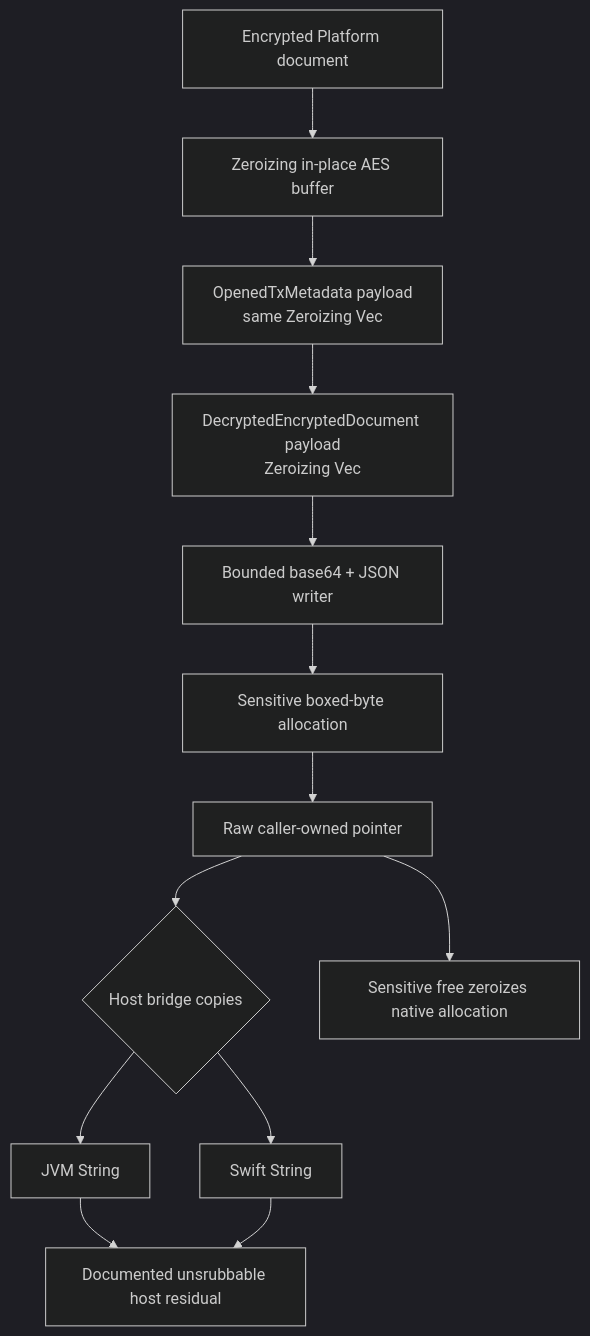
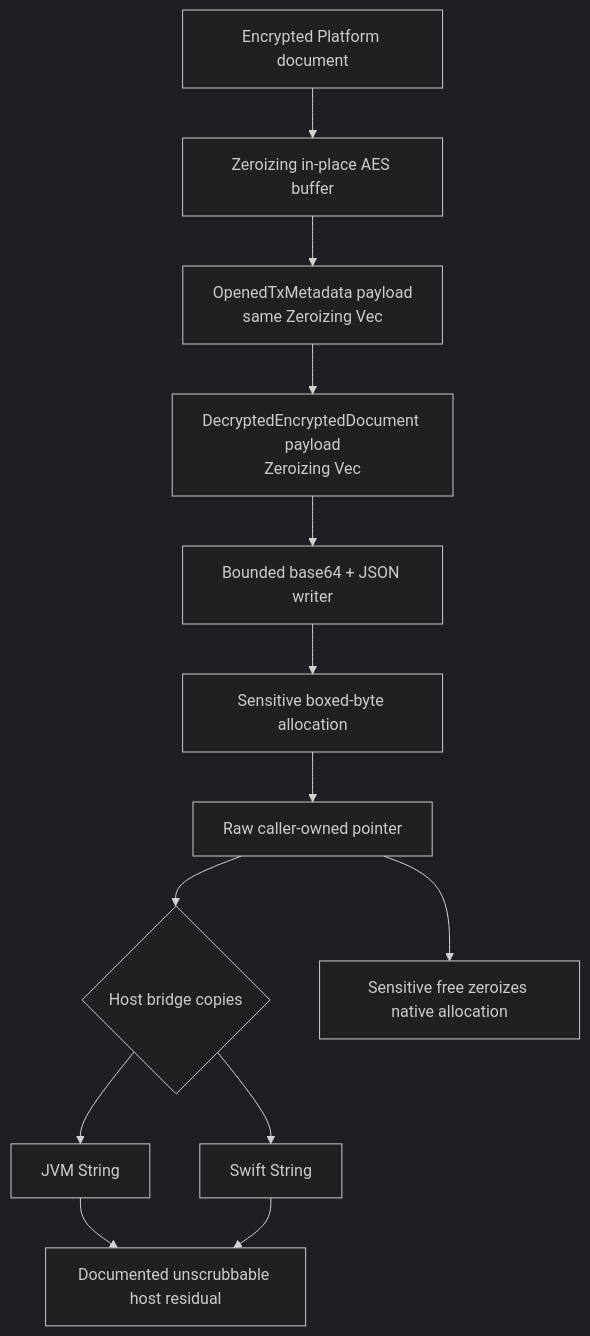
One commit to dashpay/platform changed the diagram in docs/sdk/TXMETADATA_DECRYPT_PLAINTEXT_LIFETIME_SPEC.md. Above: the diagram before and after it, drawn with Mermaid (dark theme). The commit also changed other lines of this file, not shown here.

Commit message:
docs(sdk): fix plaintext lifetime wording

````diff
--- a/docs/sdk/TXMETADATA_DECRYPT_PLAINTEXT_LIFETIME_SPEC.md
+++ b/docs/sdk/TXMETADATA_DECRYPT_PLAINTEXT_LIFETIME_SPEC.md
@@ -78,15 +78,15 @@
 ```mermaid
 flowchart TB
   A[Encrypted Platform document] --> B[Zeroizing in-place AES buffer]
   B --> C[OpenedTxMetadata payload<br/>same Zeroizing Vec]
   C --> D[DecryptedEncryptedDocument payload<br/>Zeroizing Vec]
   D --> E[Bounded base64 + JSON writer]
   E --> F[Sensitive boxed-byte allocation]
   F --> G[Raw caller-owned pointer]
   G --> H{Host bridge copies}
   H --> I[JVM String]
   H --> J[Swift String]
   G --> K[Sensitive free zeroizes native allocation]
-  I --> L[Documented unsrubbable host residual]
+  I --> L[Documented unscrubbable host residual]
   J --> L
 ```
````
